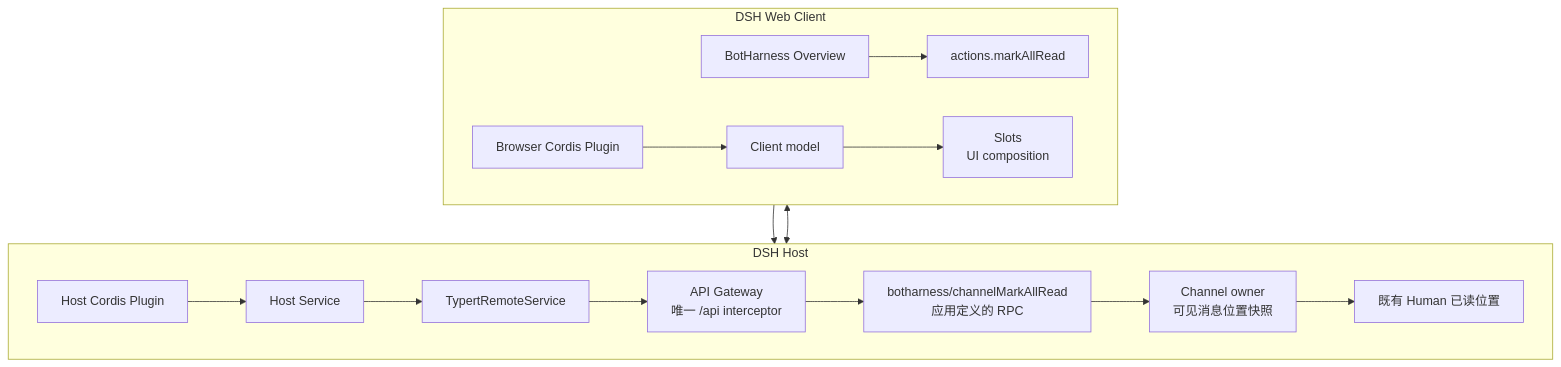
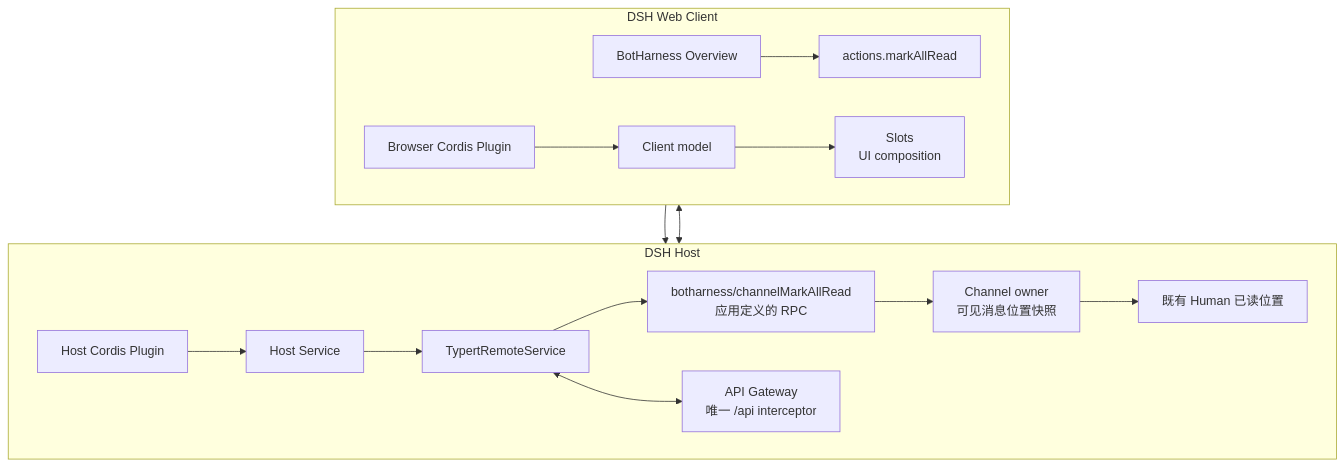
Before and after one commit to BotHarness/BotHarness: the diagram in docs/architecture/diagrams/09-dsh-host-client.mmd, drawn with Mermaid. The commit also changed 5 other files, not shown here.

First line of the commit message:
docs: show read RPC dispatch through the remote service

```diff
--- a/docs/architecture/diagrams/09-dsh-host-client.mmd
+++ b/docs/architecture/diagrams/09-dsh-host-client.mmd
@@ -1,18 +1,18 @@
 flowchart TB
   subgraph Host["DSH Host"]
     direction LR
     HostPlugin["Host Cordis Plugin"] --> Service["Host Service"]
     Service --> Remote["TypertRemoteService"]
     ReadRPC["botharness/channelMarkAllRead<br/>应用定义的 RPC"] --> Channels["Channel owner<br/>可见消息位置快照"]
     Channels --> ReadPositions["既有 Human 已读位置"]
-    Remote --> Gateway["API Gateway<br/>唯一 /api interceptor"]
+    Remote <--> Gateway["API Gateway<br/>唯一 /api interceptor"]
   end
   subgraph Browser["DSH Web Client"]
     direction LR
     ClientPlugin["Browser Cordis Plugin"] --> Model["Client model"]
     Overview["BotHarness Overview"] --> ReadAction["actions.markAllRead"]
     Model --> Slots["Slots<br/>UI composition"]
   end
   Gateway <--> Model
   ReadAction --> Gateway
-  Gateway --> ReadRPC
+  Remote --> ReadRPC
```
